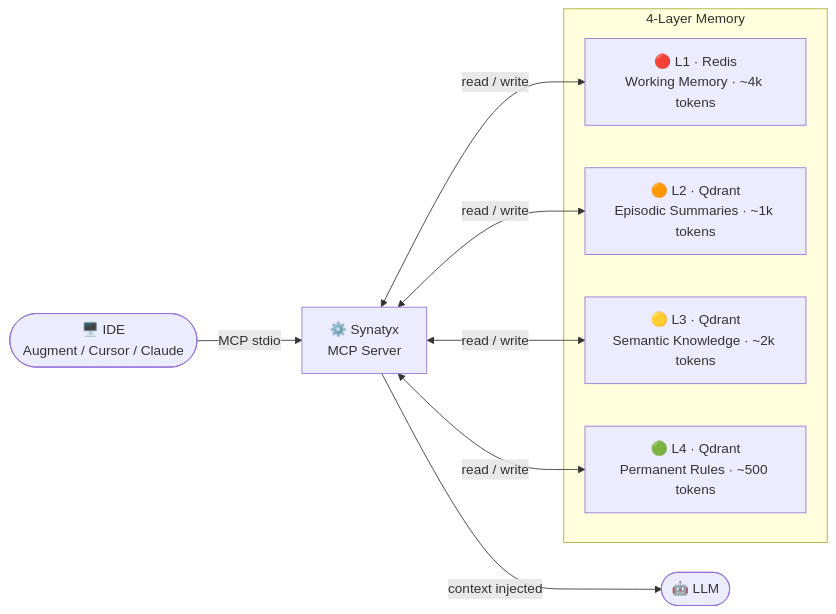
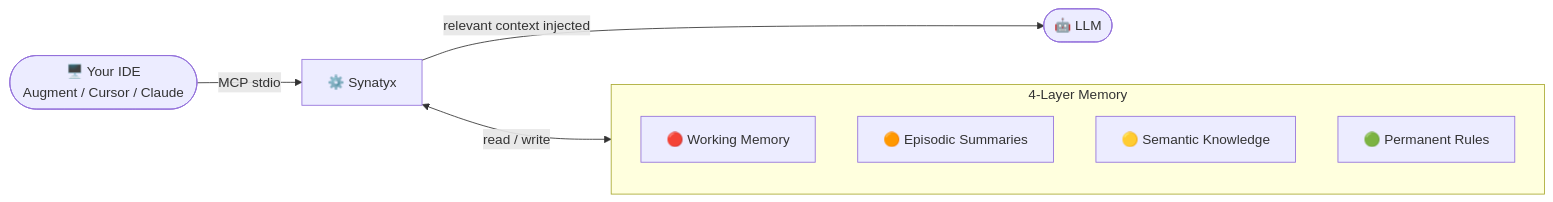
One commit to tanerincode/synatyx changed the diagram in README.md. Above: the diagram before and after it, drawn with Mermaid. The commit also changed other lines of this file and 10 other files, not shown here.

````diff
--- a/README.md
+++ b/README.md
@@ -23,21 +30,18 @@
 ```mermaid
 flowchart LR
-    IDE(["🖥️ IDE\nAugment / Cursor / Claude"])
-    MCP["⚙️ Synatyx\nMCP Server"]
+    IDE(["🖥️ Your IDE\nAugment / Cursor / Claude"])
+    MCP["⚙️ Synatyx"]
     LLM(["🤖 LLM"])
 
     IDE -->|MCP stdio| MCP
-    MCP -->|context injected| LLM
+    MCP -->|relevant context injected| LLM
 
     subgraph Memory ["4-Layer Memory"]
-        L1["🔴 L1 · Redis\nWorking Memory · ~4k tokens"]
-        L2["🟠 L2 · Qdrant\nEpisodic Summaries · ~1k tokens"]
-        L3["🟡 L3 · Qdrant\nSemantic Knowledge · ~2k tokens"]
-        L4["🟢 L4 · Qdrant\nPermanent Rules · ~500 tokens"]
+        L1["🔴 Working Memory"]
+        L2["🟠 Episodic Summaries"]
+        L3["🟡 Semantic Knowledge"]
+        L4["🟢 Permanent Rules"]
     end
 
-    MCP <-->|read / write| L1
-    MCP <-->|read / write| L2
-    MCP <-->|read / write| L3
-    MCP <-->|read / write| L4
+    MCP <-->|read / write| Memory
 ```
````
